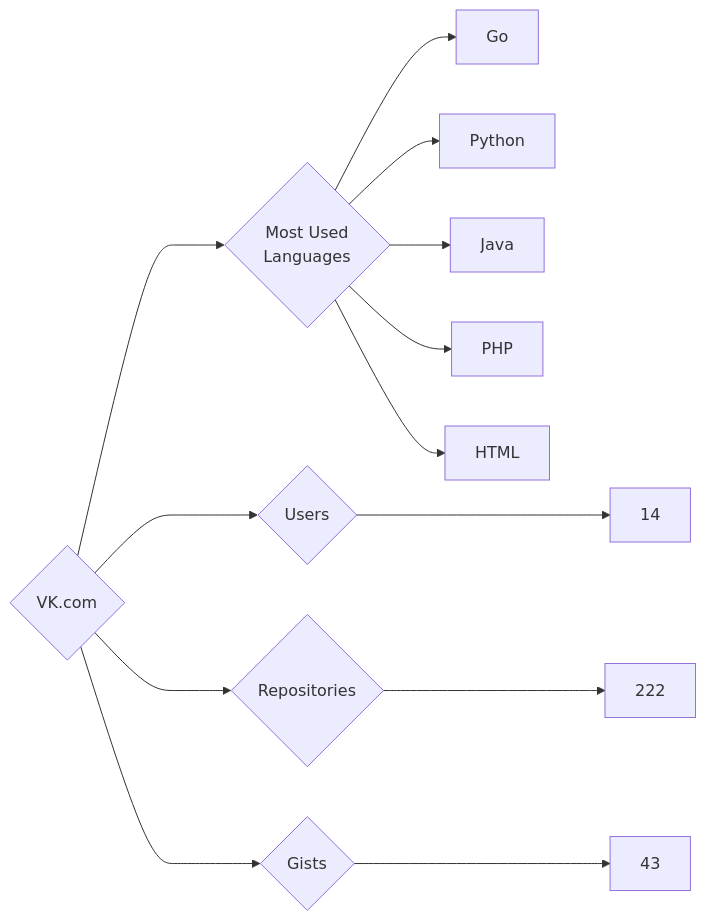
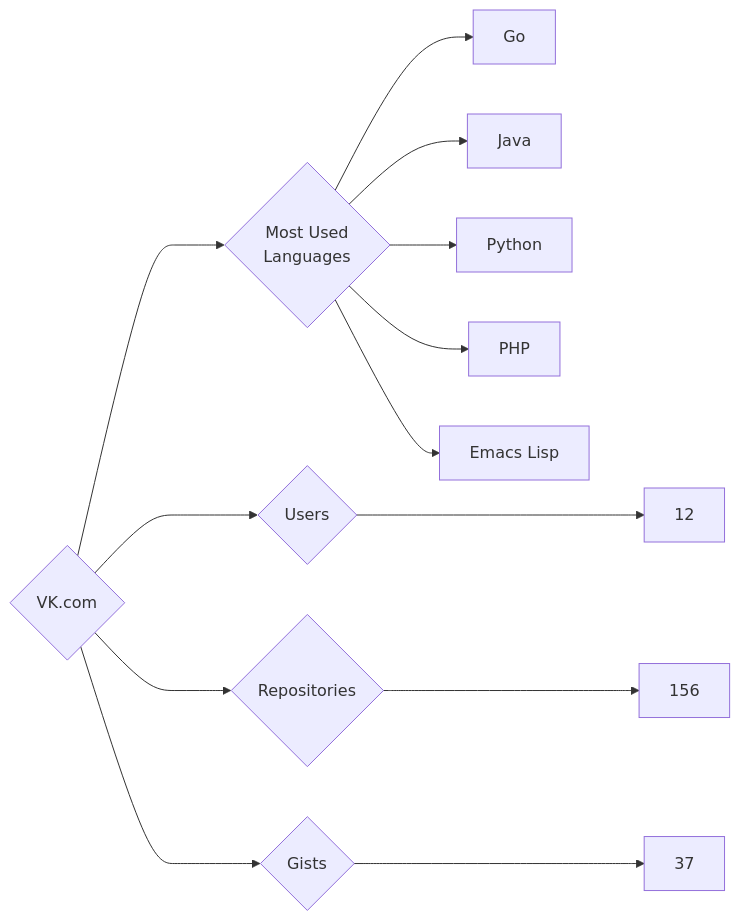
The diagram in targets/VK.com/README.md (trickest/insiders), drawn with Mermaid before and after one commit. The commit also changed 871 other files, not shown here.

````diff
--- a/targets/VK.com/README.md
+++ b/targets/VK.com/README.md
@@ -3,13 +3,13 @@
 ```mermaid
 graph LR
 COMPANY_NAME{VK.com}
-COMPANY_NAME ---> U{Users} ---> UN[14]
-COMPANY_NAME ---> R{Repositories} ---> RN[222]
-COMPANY_NAME ---> G{Gists} ---> GN[43]
+COMPANY_NAME ---> U{Users} ---> UN[12]
+COMPANY_NAME ---> R{Repositories} ---> RN[156]
+COMPANY_NAME ---> G{Gists} ---> GN[37]
 COMPANY_NAME ---> ML{Most Used<br>Languages}
 ML --> Go[Go]
+ML --> Java[Java]
 ML --> Python[Python]
-ML --> Java[Java]
 ML --> PHP[PHP]
-ML --> HTML[HTML]
+ML --> Emacs_Lisp[Emacs Lisp]
 ```
````
